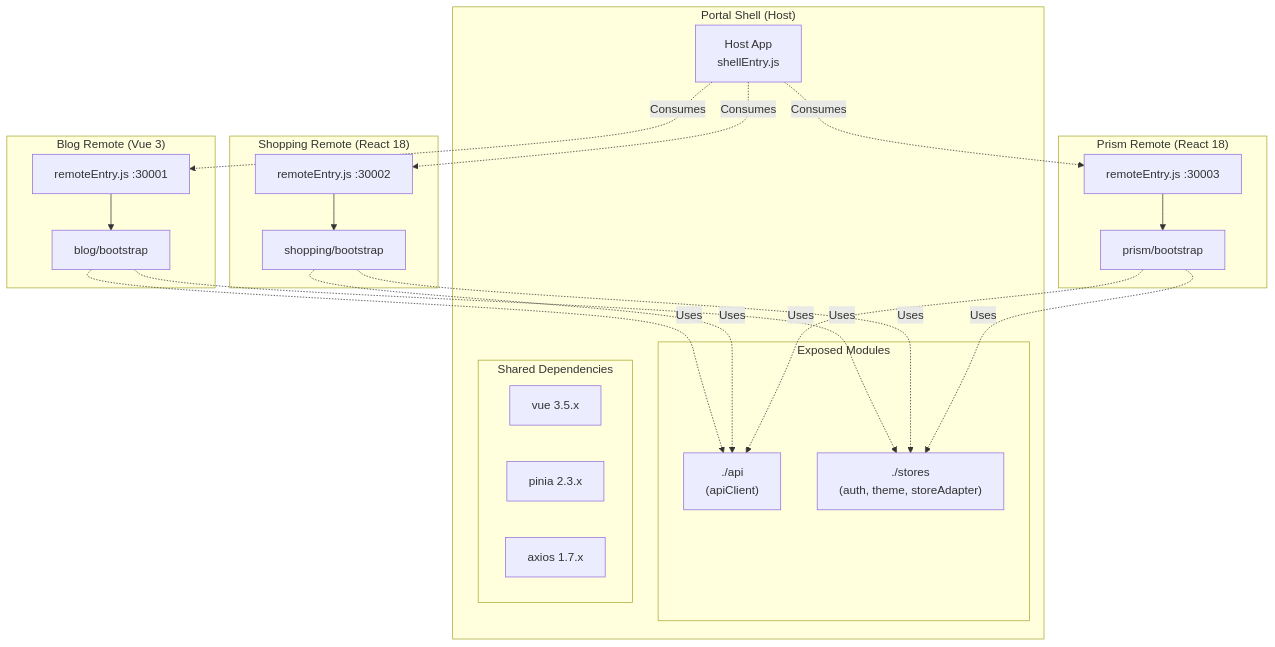
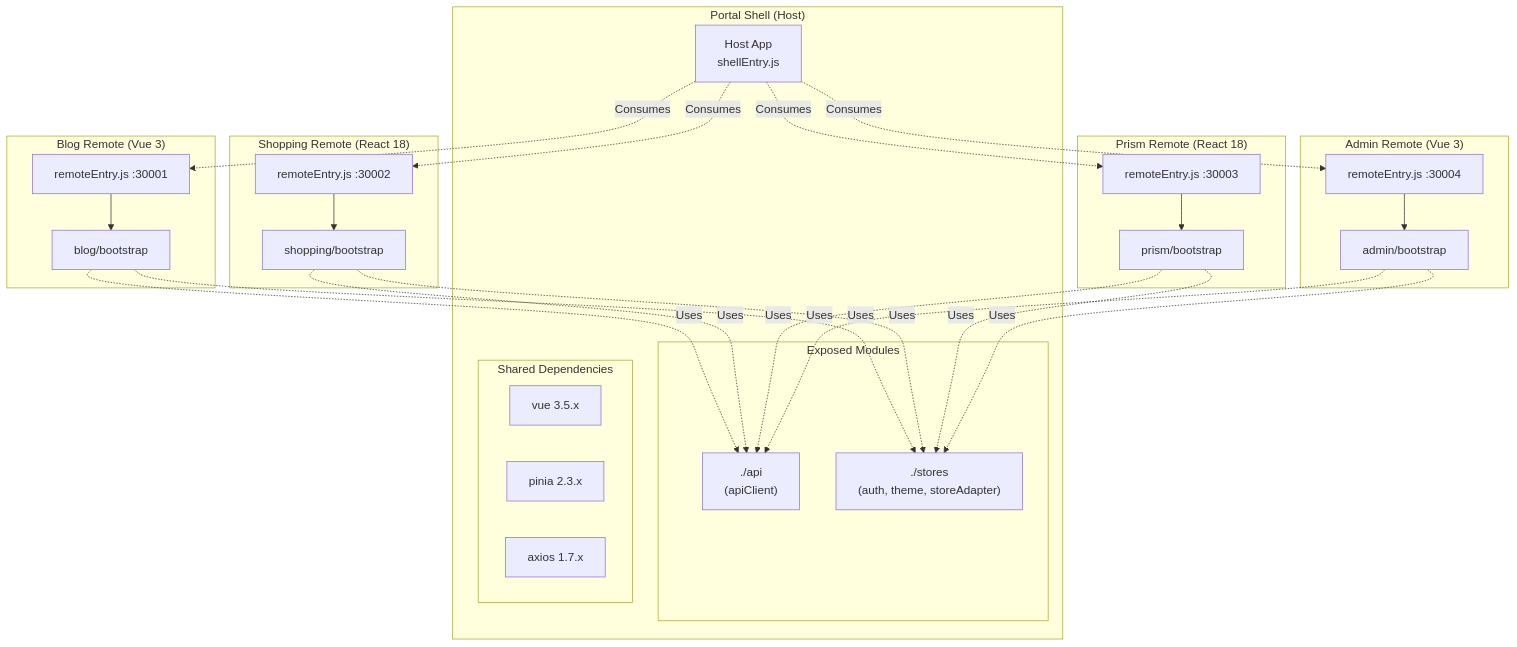
Before and after one commit to L-a-z-e/portal-universe: the diagram in docs/architecture/portal-shell/module-federation.md, drawn with Mermaid. The commit also changed other lines of this file and 108 other files, not shown here.

````diff
--- a/docs/architecture/portal-shell/module-federation.md
+++ b/docs/architecture/portal-shell/module-federation.md
@@ -32,46 +32,55 @@
 ```mermaid
 graph TB
     subgraph "Portal Shell (Host)"
         HOST[Host App<br/>shellEntry.js]
 
         subgraph "Exposed Modules"
             E1["./api<br/>(apiClient)"]
             E2["./stores<br/>(auth, theme, storeAdapter)"]
         end
 
         subgraph "Shared Dependencies"
             S1[vue 3.5.x]
             S2[pinia 2.3.x]
             S3[axios 1.7.x]
         end
     end
 
     subgraph "Blog Remote (Vue 3)"
         BR[blog/bootstrap]
         BRE[remoteEntry.js :30001]
         BRE --> BR
     end
 
     subgraph "Shopping Remote (React 18)"
         SR[shopping/bootstrap]
         SRE[remoteEntry.js :30002]
         SRE --> SR
     end
 
     subgraph "Prism Remote (React 18)"
         PR[prism/bootstrap]
         PRE[remoteEntry.js :30003]
         PRE --> PR
     end
 
+    subgraph "Admin Remote (Vue 3)"
+        AR[admin/bootstrap]
+        ARE[remoteEntry.js :30004]
+        ARE --> AR
+    end
+
     HOST -.->|Consumes| BRE
     HOST -.->|Consumes| SRE
     HOST -.->|Consumes| PRE
+    HOST -.->|Consumes| ARE
 
     BR -.->|Uses| E1
     BR -.->|Uses| E2
     SR -.->|Uses| E1
     SR -.->|Uses| E2
     PR -.->|Uses| E1
     PR -.->|Uses| E2
+    AR -.->|Uses| E1
+    AR -.->|Uses| E2
 ```
````
